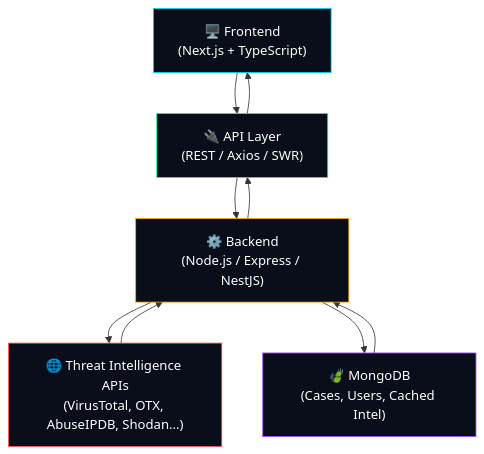
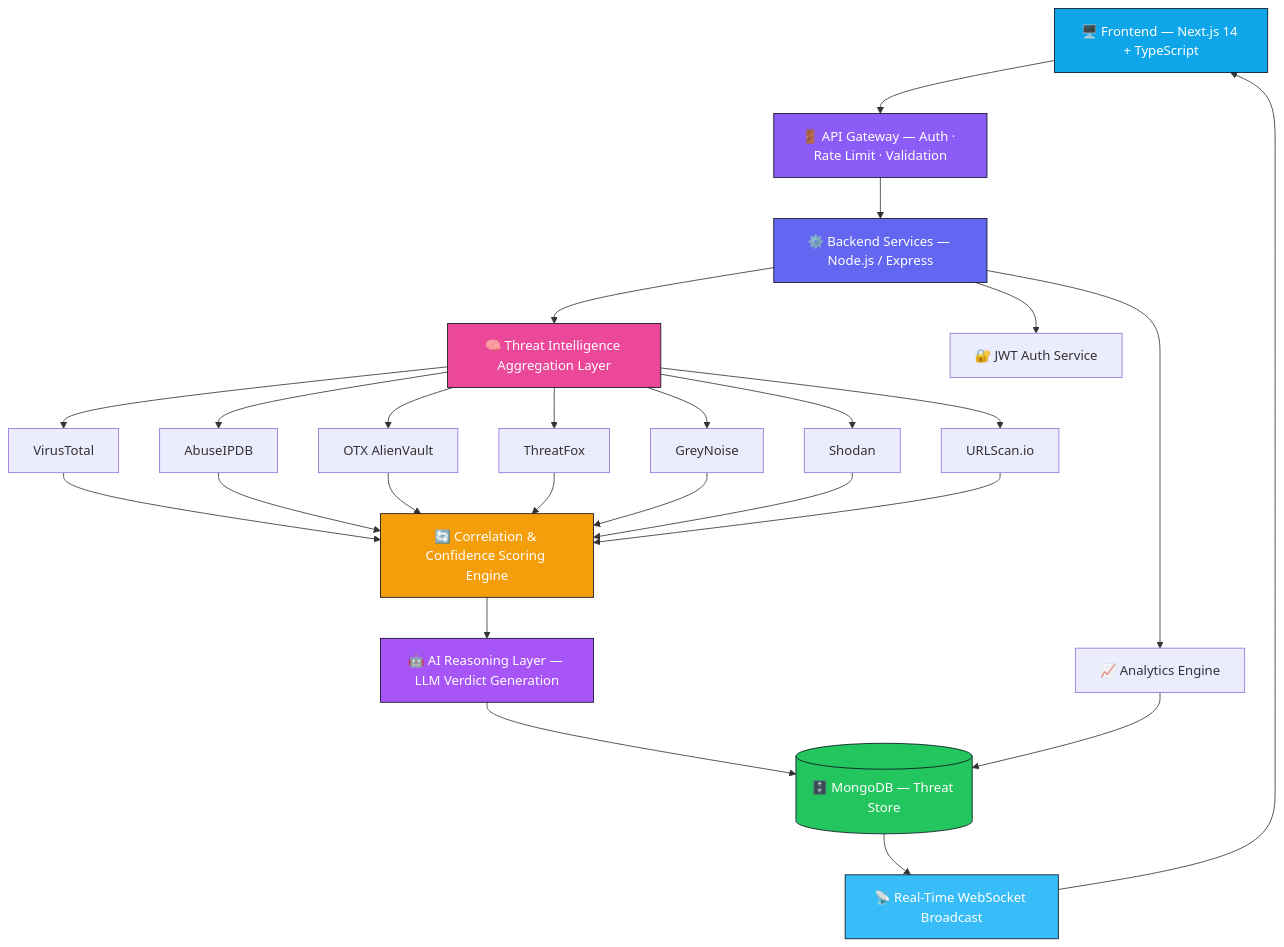
The first of 4 diagrams in README.md (amangon/CyberCore), drawn with Mermaid before and after one commit. The commit also changed other lines of this file, not shown here.

````diff
--- a/README.md
+++ b/README.md
@@ -168,17 +171,33 @@
 ```mermaid
 flowchart TD
-    A["🖥️ Frontend<br/>(Next.js + TypeScript)"] --> B["🔌 API Layer<br/>(REST / Axios / SWR)"]
-    B --> C["⚙️ Backend<br/>(Node.js / Express / NestJS)"]
-    C --> D["🌐 Threat Intelligence APIs<br/>(VirusTotal, OTX, AbuseIPDB, Shodan...)"]
-    C --> E["🍃 MongoDB<br/>(Cases, Users, Cached Intel)"]
-    D --> C
-    E --> C
-    C --> B
-    B --> A
+    A["🖥️ Frontend — Next.js 14 + TypeScript"] --> B["🚪 API Gateway — Auth · Rate Limit · Validation"]
+    B --> C["⚙️ Backend Services — Node.js / Express"]
+    C --> D["🧠 Threat Intelligence Aggregation Layer"]
 
-    style A fill:#0a0e1a,stroke:#00d4ff,color:#fff
-    style B fill:#0a0e1a,stroke:#00ff9d,color:#fff
-    style C fill:#0a0e1a,stroke:#ffaa00,color:#fff
-    style D fill:#0a0e1a,stroke:#ff4d4d,color:#fff
-    style E fill:#0a0e1a,stroke:#9d4dff,color:#fff
+    D --> E1["VirusTotal"]
+    D --> E2["AbuseIPDB"]
+    D --> E3["OTX AlienVault"]
+    D --> E4["ThreatFox"]
+    D --> E5["GreyNoise"]
+    D --> E6["Shodan"]
+    D --> E7["URLScan.io"]
+
+    E1 & E2 & E3 & E4 & E5 & E6 & E7 --> F["🔄 Correlation & Confidence Scoring Engine"]
+    F --> G["🤖 AI Reasoning Layer — LLM Verdict Generation"]
+    G --> H[("🗄️ MongoDB — Threat Store")]
+    H --> I["📡 Real-Time WebSocket Broadcast"]
+    I --> A
+
+    C --> J["🔐 JWT Auth Service"]
+    C --> K["📈 Analytics Engine"]
+    K --> H
+
+    style A fill:#0EA5E9,stroke:#0B1120,color:#fff
+    style B fill:#8B5CF6,stroke:#0B1120,color:#fff
+    style C fill:#6366F1,stroke:#0B1120,color:#fff
+    style D fill:#EC4899,stroke:#0B1120,color:#fff
+    style F fill:#F59E0B,stroke:#0B1120,color:#fff
+    style G fill:#A855F7,stroke:#0B1120,color:#fff
+    style H fill:#22C55E,stroke:#0B1120,color:#fff
+    style I fill:#38BDF8,stroke:#0B1120,color:#fff
 ```
````
